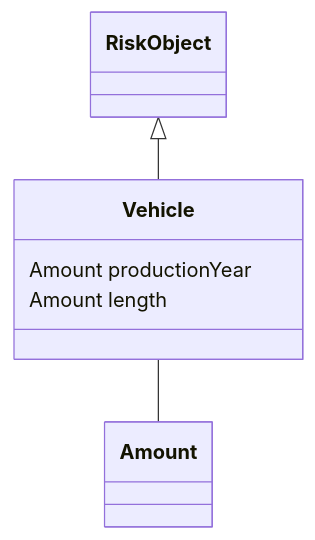
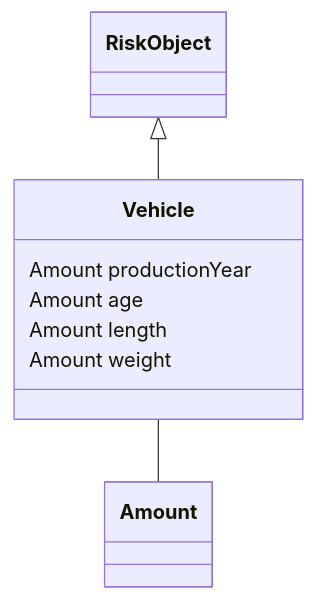
One commit to codexstanford/Insurance-Payout-Ontology changed the diagram in datamodel-build/mermaid/Vehicle.mmd. Above: the diagram before and after it, drawn with Mermaid. The commit also changed 132 other files, not shown here.

```diff
--- a/datamodel-build/mermaid/Vehicle.mmd
+++ b/datamodel-build/mermaid/Vehicle.mmd
@@ -1,11 +1,13 @@
 classDiagram
   Vehicle -- Amount
 
 
 RiskObject <|-- Vehicle
 class Vehicle {
 
   Amount productionYear
+  Amount age
   Amount length
+  Amount weight
 
 }
```
